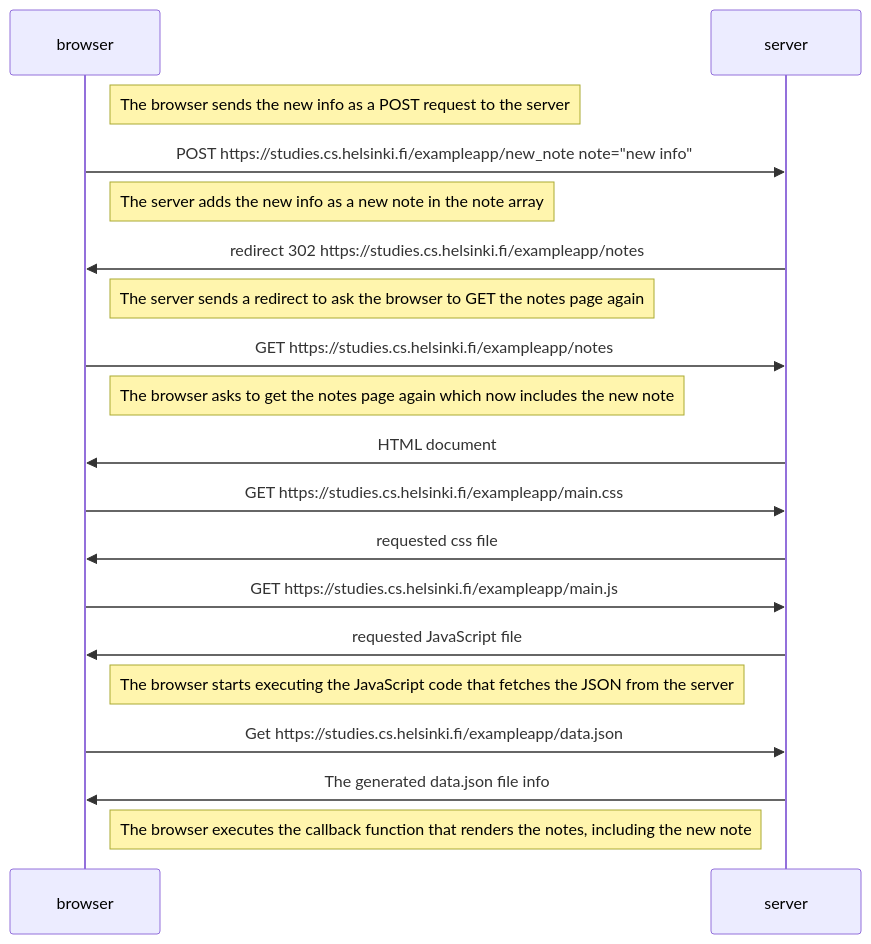
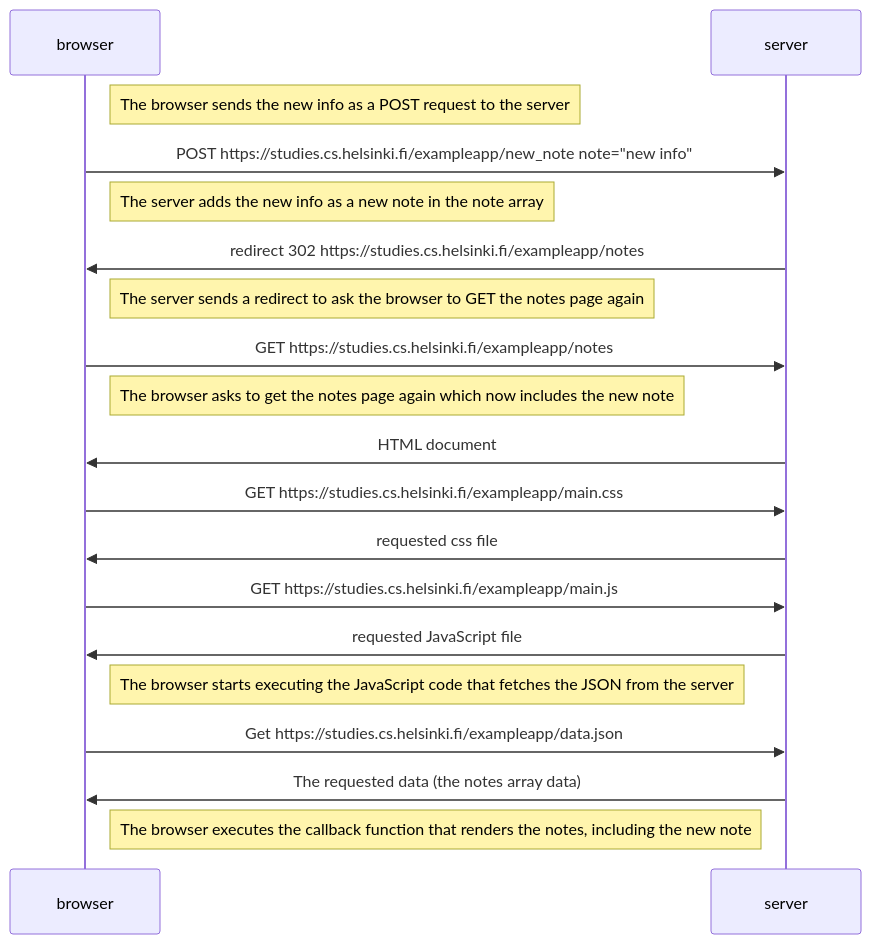
One commit to Welhox/FSO changed the diagram in part0/0.4.md. Above: the diagram before and after it, drawn with Mermaid.

````diff
--- a/part0/0.4.md
+++ b/part0/0.4.md
@@ -1,26 +1,26 @@
 ```mermaid
 sequenceDiagram
   participant browser
   participant server
 
   note right of browser: The browser sends the new info as a POST request to the server
   browser->>server: POST https://studies.cs.helsinki.fi/exampleapp/new_note note="new info"
   note right of browser: The server adds the new info as a new note in the note array
   server ->>browser: redirect 302 https://studies.cs.helsinki.fi/exampleapp/notes
   note right of browser: The server sends a redirect to ask the browser to GET the notes page again
 
   browser ->>server: GET https://studies.cs.helsinki.fi/exampleapp/notes
   note right of browser: The browser asks to get the notes page again which now includes the new note
   server ->>browser: HTML document
 
   browser ->>server: GET https://studies.cs.helsinki.fi/exampleapp/main.css
   server ->>browser: requested css file
 
   browser ->>server: GET https://studies.cs.helsinki.fi/exampleapp/main.js
   server ->>browser: requested JavaScript file
   Note right of browser: The browser starts executing the JavaScript code that fetches the JSON from the server
 
   browser ->>server: Get https://studies.cs.helsinki.fi/exampleapp/data.json
-  server ->>browser: The generated data.json file info
+  server ->>browser: The requested data (the notes array data)
   Note right of browser: The browser executes the callback function that renders the notes, including the new note
 ```
````
